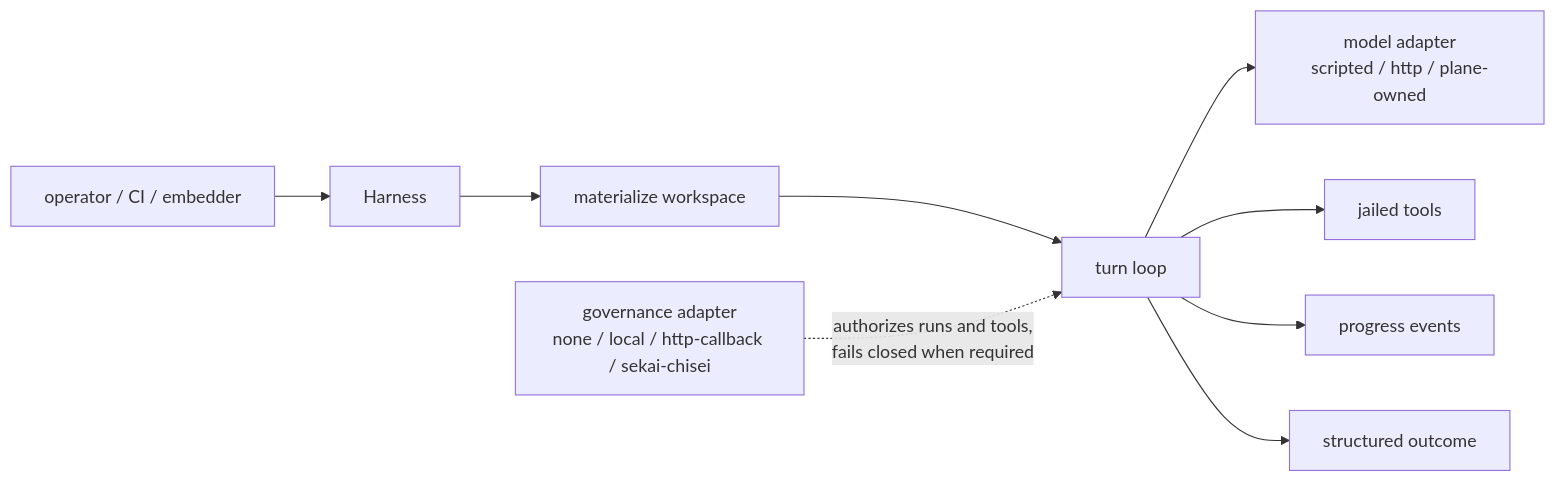
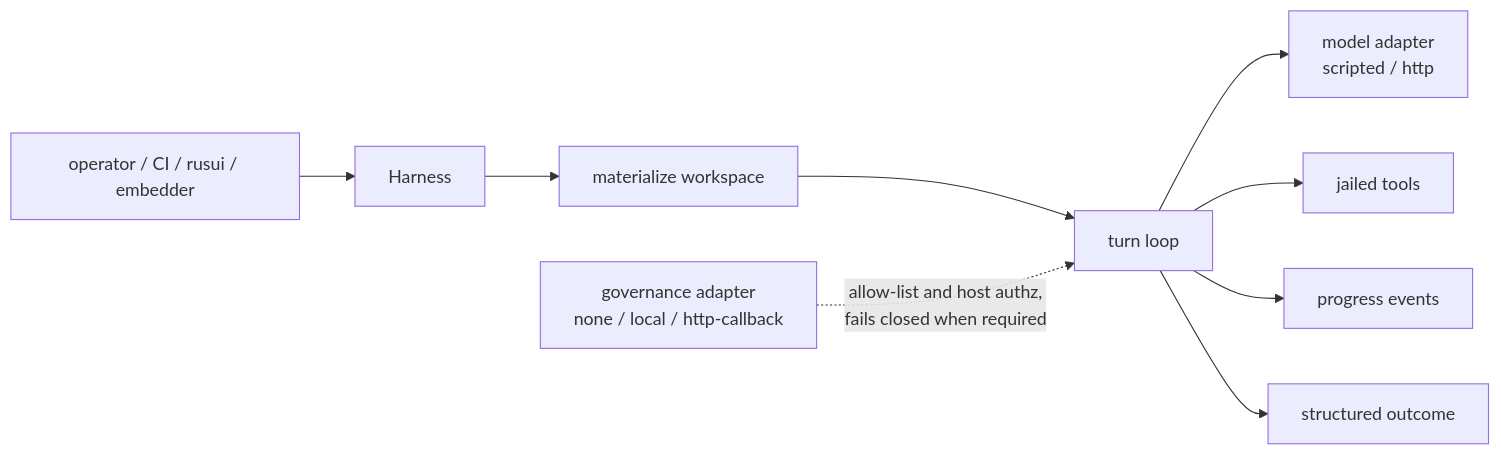
Before and after one commit to Sannrox/shikigami: the diagram in README.md, drawn with Mermaid. The commit also changed other lines of this file and 103 other files, not shown here.

First line of the commit message:
feat!: drop in-tree plane governance; rusui is the caller (#695)

````diff
--- a/README.md
+++ b/README.md
@@ -145,11 +142,11 @@
 ```mermaid
 flowchart LR
-  O[operator / CI / embedder] --> H[Harness]
+  O[operator / CI / rusui / embedder] --> H[Harness]
   H --> W[materialize workspace]
   W --> T[turn loop]
-  T --> M[model adapter<br>scripted / http / plane-owned]
+  T --> M[model adapter<br>scripted / http]
   T --> X[jailed tools]
   T --> E[progress events]
   T --> R[structured outcome]
-  G[governance adapter<br>none / local / http-callback / sekai-chisei] -. authorizes runs and tools,<br>fails closed when required .-> T
+  G[governance adapter<br>none / local / http-callback] -. allow-list and host authz,<br>fails closed when required .-> T
 ```
````
